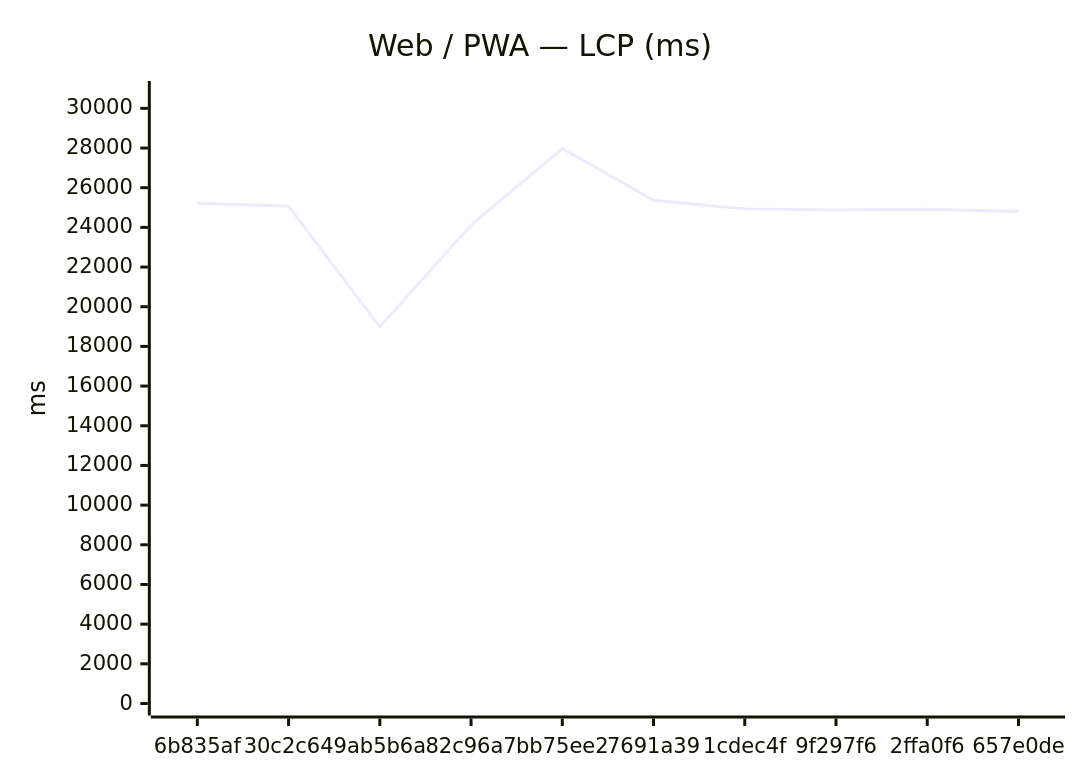
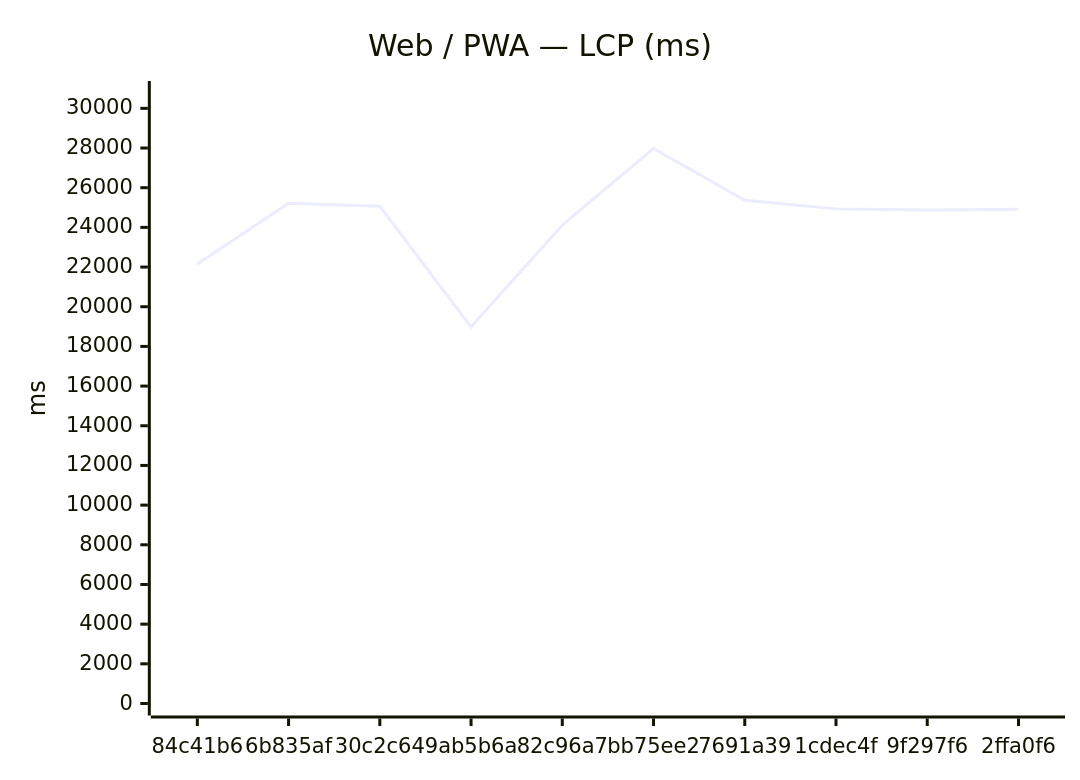
The first of 12 diagrams in benchmarks/compare.md (Metaheurist/Rianell), drawn with Mermaid before and after one commit. The commit also changed other lines of this file and 8 other files, not shown here.

````diff
--- a/benchmarks/compare.md
+++ b/benchmarks/compare.md
@@ -24,7 +24,7 @@
 ```mermaid
 xychart-beta
     title "Web / PWA — LCP (ms)"
-    x-axis ["6b835af", "30c2c64", "9ab5b6a", "82c96a7", "bb75ee2", "7691a39", "1cdec4f", "9f297f6", "2ffa0f6", "657e0de"]
+    x-axis ["84c41b6", "6b835af", "30c2c64", "9ab5b6a", "82c96a7", "bb75ee2", "7691a39", "1cdec4f", "9f297f6", "2ffa0f6"]
     y-axis "ms" 0 --> 30774
-    line [25215, 25064, 18985, 24113, 27976, 25370, 24933, 24873, 24910, 24797]
+    line [22152, 25215, 25064, 18985, 24113, 27976, 25370, 24933, 24873, 24910]
 ```
````
